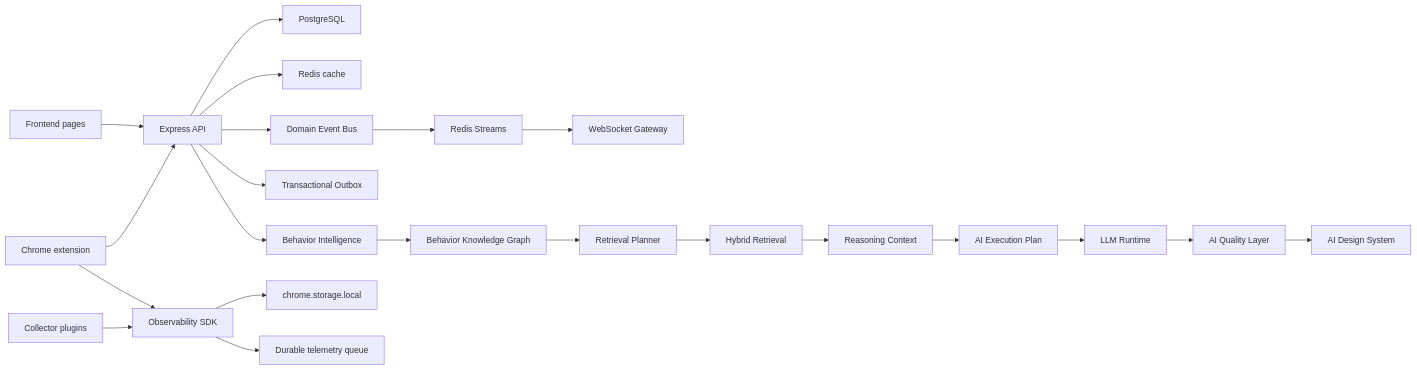
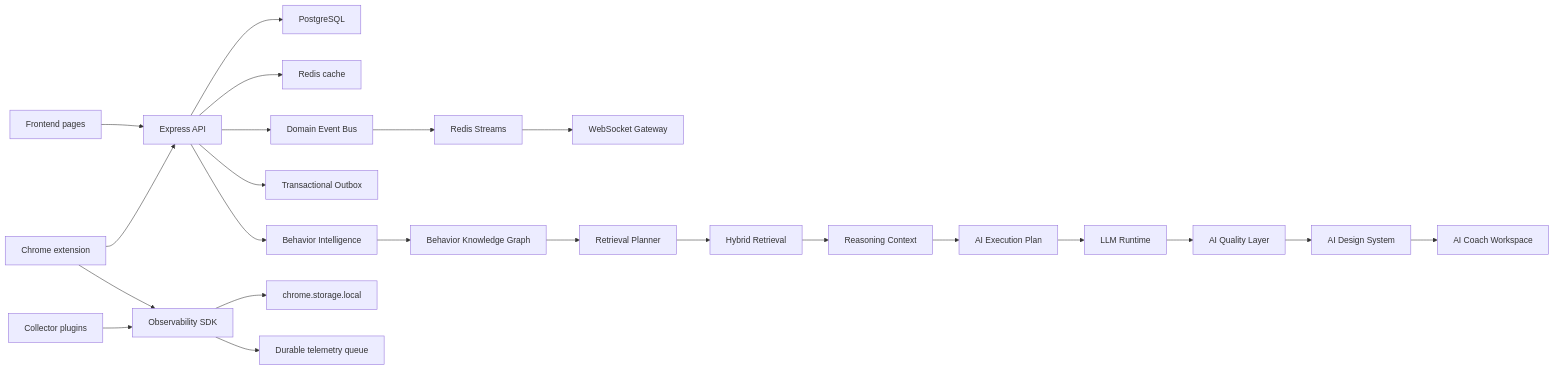
The diagram in docs/README.md (Absosh/CPInsight), drawn with Mermaid before and after one commit. The commit also changed other lines of this file and 40 other files, not shown here.

Commit message:
feat(frontend): add AI coach workspace

````diff
--- a/docs/README.md
+++ b/docs/README.md
@@ -76,24 +77,25 @@
 ```mermaid
 flowchart LR
   Browser["Frontend pages"] --> API["Express API"]
   API --> PG["PostgreSQL"]
   API --> Redis["Redis cache"]
   API --> DomainBus["Domain Event Bus"]
   API --> Outbox["Transactional Outbox"]
   DomainBus --> RedisStreams["Redis Streams"]
   RedisStreams --> Realtime["WebSocket Gateway"]
   API --> Behavior["Behavior Intelligence"]
   Behavior --> Knowledge["Behavior Knowledge Graph"]
   Knowledge --> Planner["Retrieval Planner"]
   Planner --> Retrieval["Hybrid Retrieval"]
   Retrieval --> Reasoning["Reasoning Context"]
   Reasoning --> TaskPlan["AI Execution Plan"]
   TaskPlan --> Runtime["LLM Runtime"]
   Runtime --> Quality["AI Quality Layer"]
   Quality --> DesignSystem["AI Design System"]
+  DesignSystem --> CoachWorkspace["AI Coach Workspace"]
   Extension["Chrome extension"] --> API
   Extension --> SDK["Observability SDK"]
   SDK --> Store["chrome.storage.local"]
   SDK --> Queue["Durable telemetry queue"]
   Collectors["Collector plugins"] --> SDK
 ```
````
